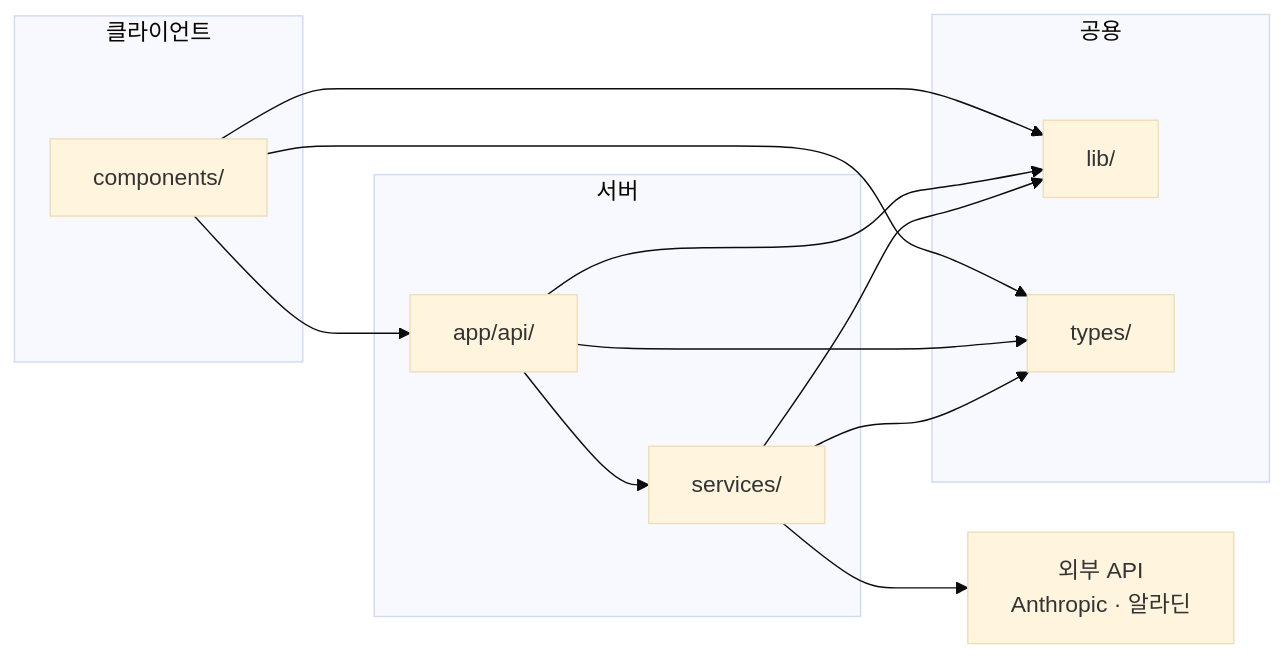
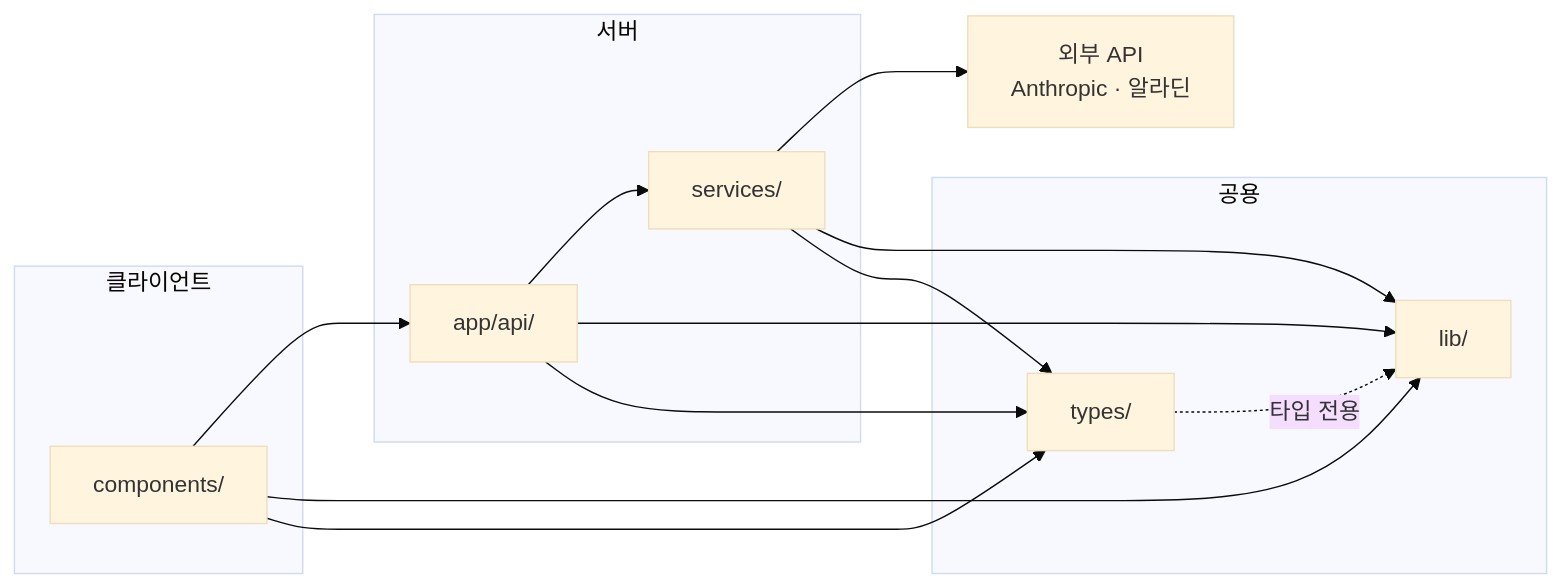
The second of 6 diagrams in docs/ARCHITECTURE.md (hyuham1335-stack/shelfie-app), drawn with Mermaid (base theme) before and after one commit. The commit also changed other lines of this file and 8 other files, not shown here.

````diff
--- a/docs/ARCHITECTURE.md
+++ b/docs/ARCHITECTURE.md
@@ -73,27 +73,29 @@
 ```mermaid
 flowchart LR
     subgraph client["클라이언트"]
         C["components/"]
     end
 
     subgraph server["서버"]
         A["app/api/"]
         S["services/"]
     end
 
     subgraph shared["공용"]
         L["lib/"]
         T["types/"]
     end
 
     C --> A
     A --> S
     S --> E["외부 API<br/>Anthropic · 알라딘"]
 
     C --> L
     A --> L
     S --> L
     C --> T
     A --> T
     S --> T
+
+    T -.->|타입 전용| L
 ```
````
